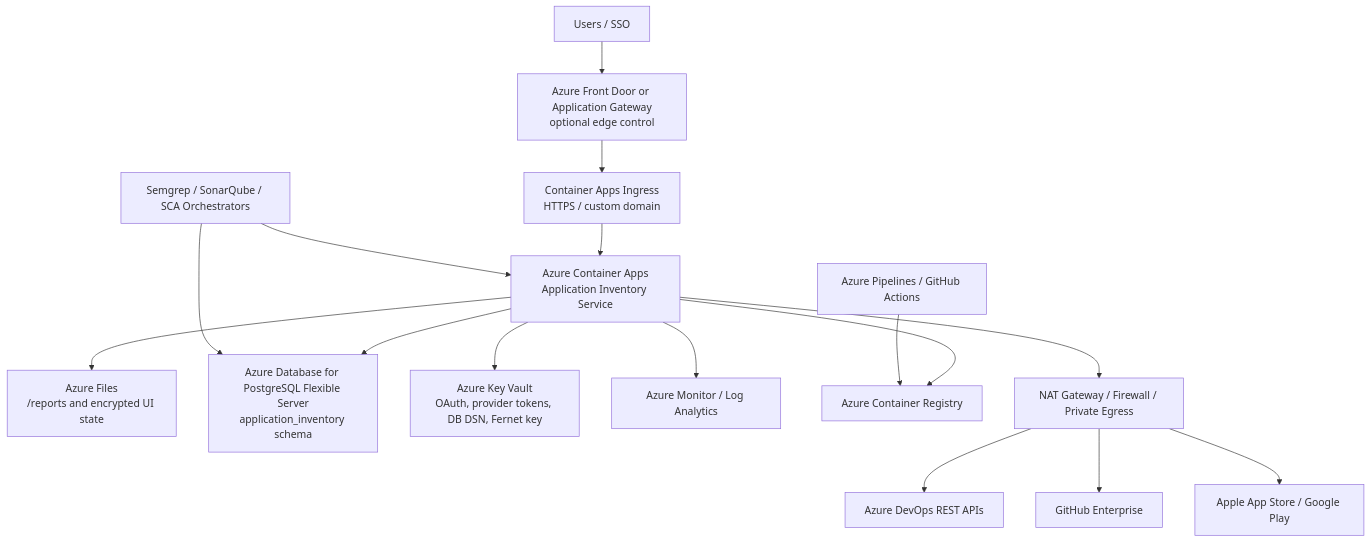
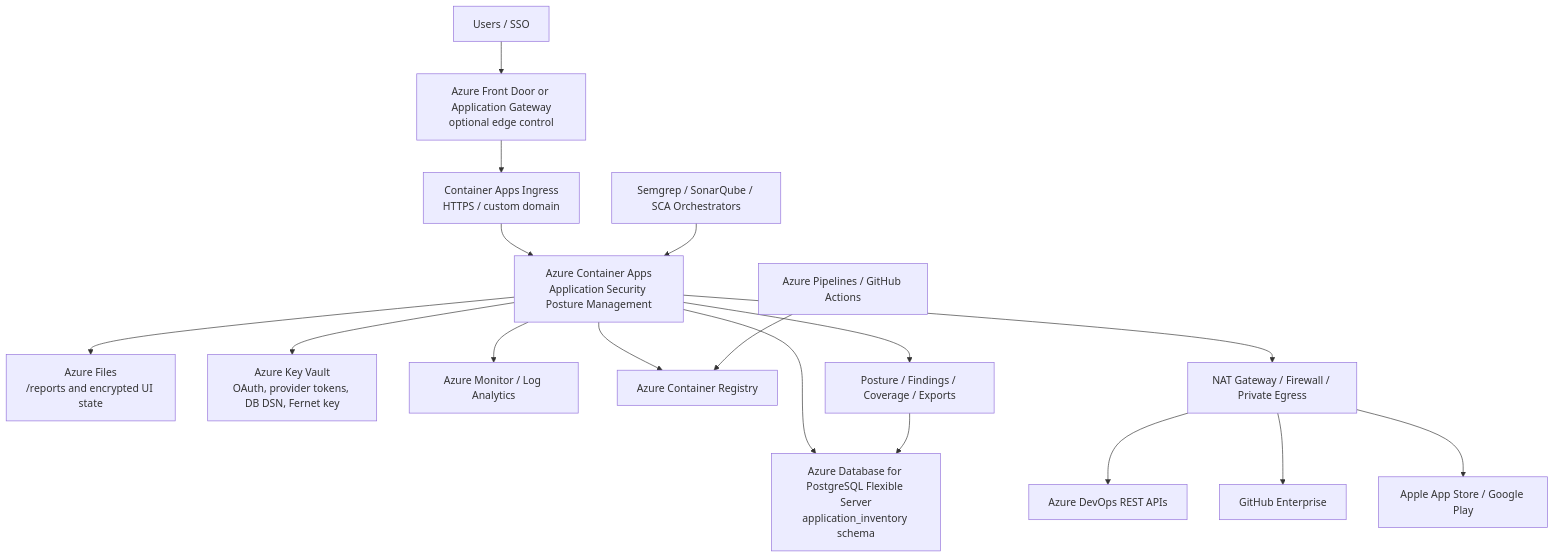
The diagram in docs/AZURE_IMPLEMENTATION.md (h0p3sf4ll/application-inventory-service), drawn with Mermaid before and after one commit. The commit also changed other lines of this file and 40 other files, not shown here.

Commit message:
feat: add application security posture management

````diff
--- a/docs/AZURE_IMPLEMENTATION.md
+++ b/docs/AZURE_IMPLEMENTATION.md
@@ -9,21 +9,22 @@
 ```mermaid
 flowchart TB
   Users["Users / SSO"] --> FrontDoor["Azure Front Door or Application Gateway\noptional edge control"]
   FrontDoor --> Ingress["Container Apps Ingress\nHTTPS / custom domain"]
-  Ingress --> ACA["Azure Container Apps\nApplication Inventory Service"]
+  Ingress --> ACA["Azure Container Apps\nApplication Security Posture Management"]
 
   ACA --> Files["Azure Files\n/reports and encrypted UI state"]
   ACA --> Postgres["Azure Database for PostgreSQL Flexible Server\napplication_inventory schema"]
   ACA --> KeyVault["Azure Key Vault\nOAuth, provider tokens, DB DSN, Fernet key"]
   ACA --> Monitor["Azure Monitor / Log Analytics"]
   ACA --> ACR["Azure Container Registry"]
 
   ACA --> NAT["NAT Gateway / Firewall / Private Egress"]
   NAT --> ADO["Azure DevOps REST APIs"]
   NAT --> GHE["GitHub Enterprise"]
   NAT --> Stores["Apple App Store / Google Play"]
 
   Pipelines["Azure Pipelines / GitHub Actions"] --> ACR
-  Reports["Semgrep / SonarQube / SCA Orchestrators"] --> ACA
-  Reports --> Postgres
+  Scanners["Semgrep / SonarQube / SCA Orchestrators"] --> ACA
+  ACA --> Posture["Posture / Findings / Coverage / Exports"]
+  Posture --> Postgres
 ```
````
